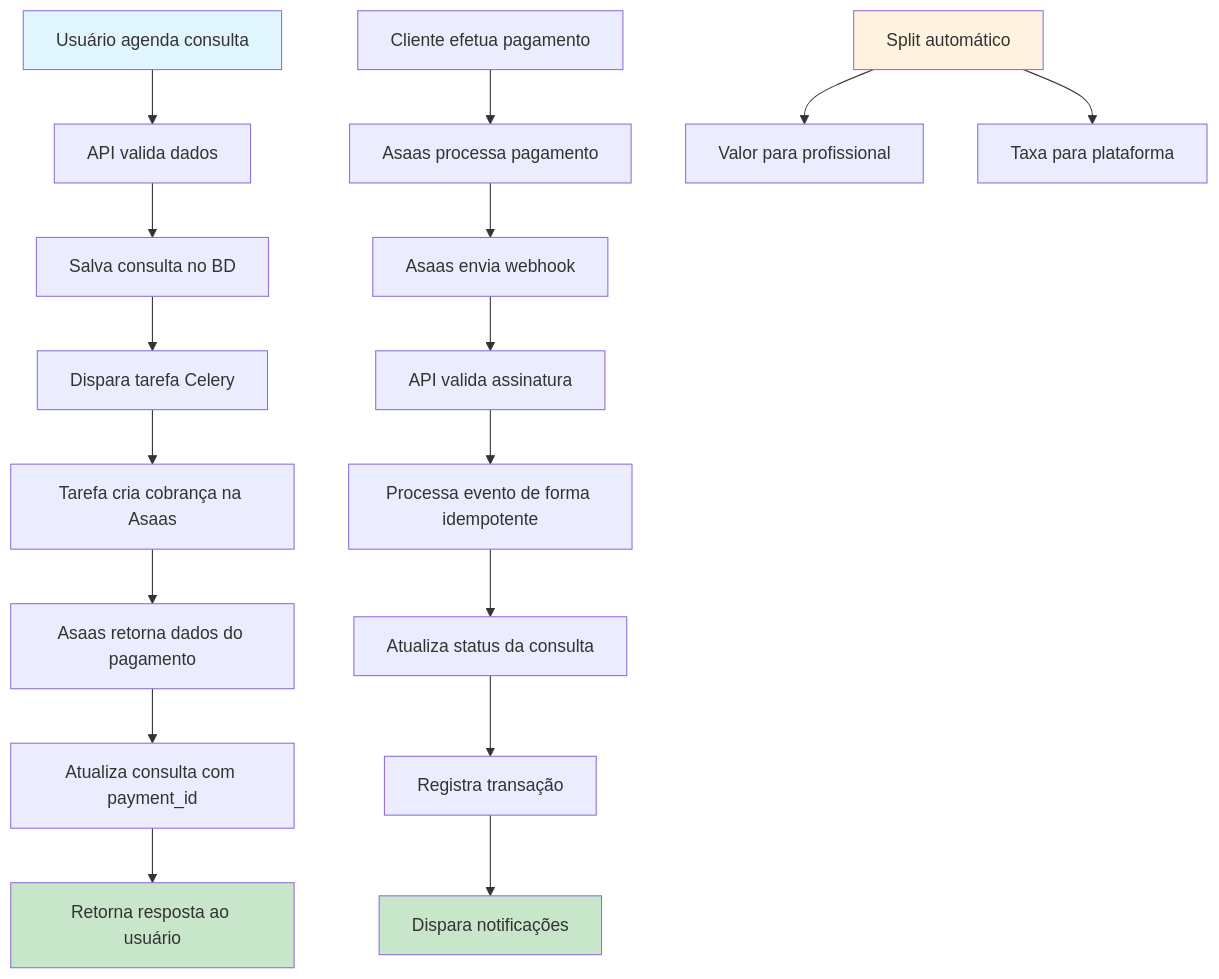
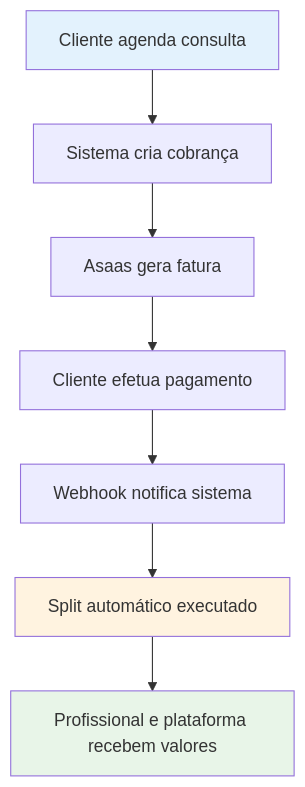
One commit to dopimentel/medical_api changed the diagram in README.md. Above: the diagram before and after it, drawn with Mermaid. The commit also changed other lines of this file, not shown here.

````diff
--- a/README.md
+++ b/README.md
@@ -1928,26 +766,13 @@
 ```mermaid
 graph TD
-    A[Usuário agenda consulta] --> B[API valida dados]
-    B --> C[Salva consulta no BD]
-    C --> D[Dispara tarefa Celery]
-    D --> E[Tarefa cria cobrança na Asaas]
-    E --> F[Asaas retorna dados do pagamento]
-    F --> G[Atualiza consulta com payment_id]
-    G --> H[Retorna resposta ao usuário]
+    A[Cliente agenda consulta] --> B[Sistema cria cobrança]
+    B --> C[Asaas gera fatura]
+    C --> D[Cliente efetua pagamento]
+    D --> E[Webhook notifica sistema]
+    E --> F[Split automático executado]
+    F --> G[Profissional e plataforma recebem valores]
     
-    I[Cliente efetua pagamento] --> J[Asaas processa pagamento]
-    J --> K[Asaas envia webhook]
-    K --> L[API valida assinatura]
-    L --> M[Processa evento de forma idempotente]
-    M --> N[Atualiza status da consulta]
-    N --> O[Registra transação]
-    O --> P[Dispara notificações]
-    
-    Q[Split automático] --> R[Valor para profissional]
-    Q --> S[Taxa para plataforma]
-    
-    style A fill:#e1f5fe
-    style H fill:#c8e6c9
-    style P fill:#c8e6c9
-    style Q fill:#fff3e0
+    style A fill:#e3f2fd
+    style G fill:#e8f5e8
+    style F fill:#fff3e0
 ```
````
